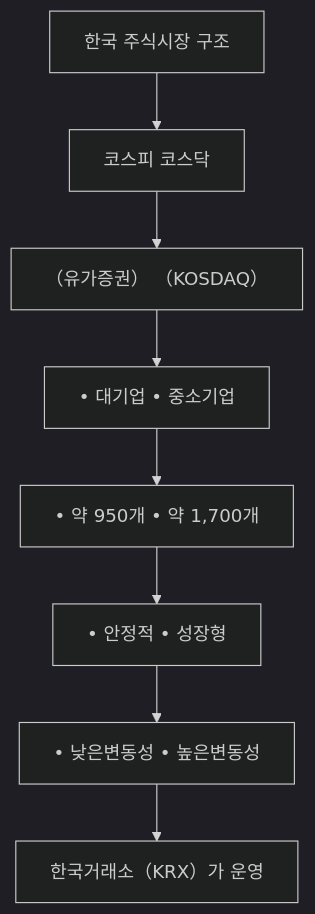
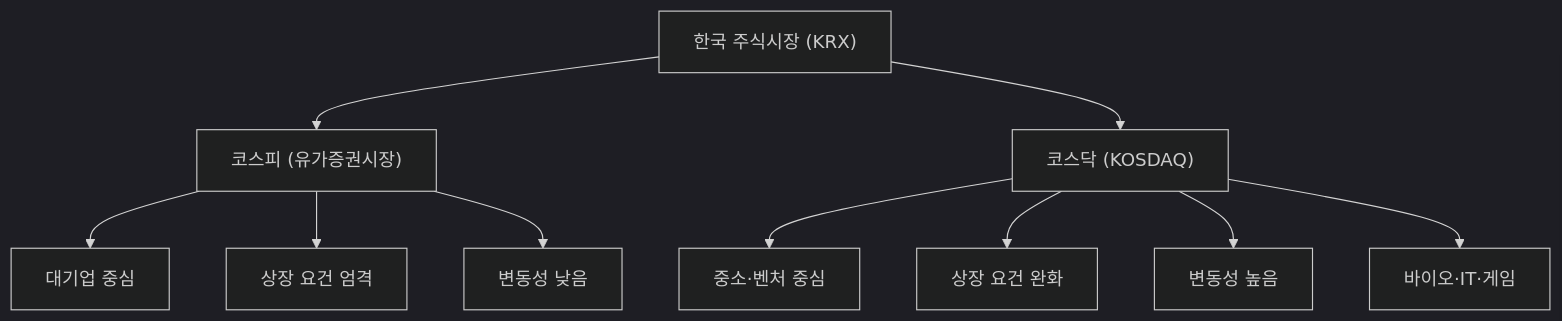
One commit to yeongseon/stock-visual-note changed the diagram in content/stock-terms/ko/level-01-basic/kosdaq.md. Above: the diagram before and after it, drawn with Mermaid (dark theme). The commit also changed other lines of this file and 96 other files, not shown here.

Commit message:
Rewrite all 98 remaining articles: branching Mermaid diagrams, natural search_intent, compelling seo_titles, clean descriptions

````diff
--- a/content/stock-terms/ko/level-01-basic/kosdaq.md
+++ b/content/stock-terms/ko/level-01-basic/kosdaq.md
@@ -53,18 +49,12 @@
 ```mermaid
 graph TD
-    A0["한국 주식시장 구조"]
-    A1["코스피 코스닥"]
-    A2["（유가증권） （KOSDAQ）"]
-    A3["• 대기업 • 중소기업"]
-    A4["• 약 950개 • 약 1,700개"]
-    A5["• 안정적 • 성장형"]
-    A6["• 낮은변동성 • 높은변동성"]
-    A7["한국거래소（KRX）가 운영"]
-    A0 --> A1
-    A1 --> A2
-    A2 --> A3
-    A3 --> A4
-    A4 --> A5
-    A5 --> A6
-    A6 --> A7
+    A["한국 주식시장 (KRX)"] --> B["코스피 (유가증권시장)"]
+    A --> C["코스닥 (KOSDAQ)"]
+    B --> B1["대기업 중심"]
+    B --> B2["상장 요건 엄격"]
+    B --> B3["변동성 낮음"]
+    C --> C1["중소·벤처 중심"]
+    C --> C2["상장 요건 완화"]
+    C --> C3["변동성 높음"]
+    C --> C4["바이오·IT·게임"]
 ```
````
